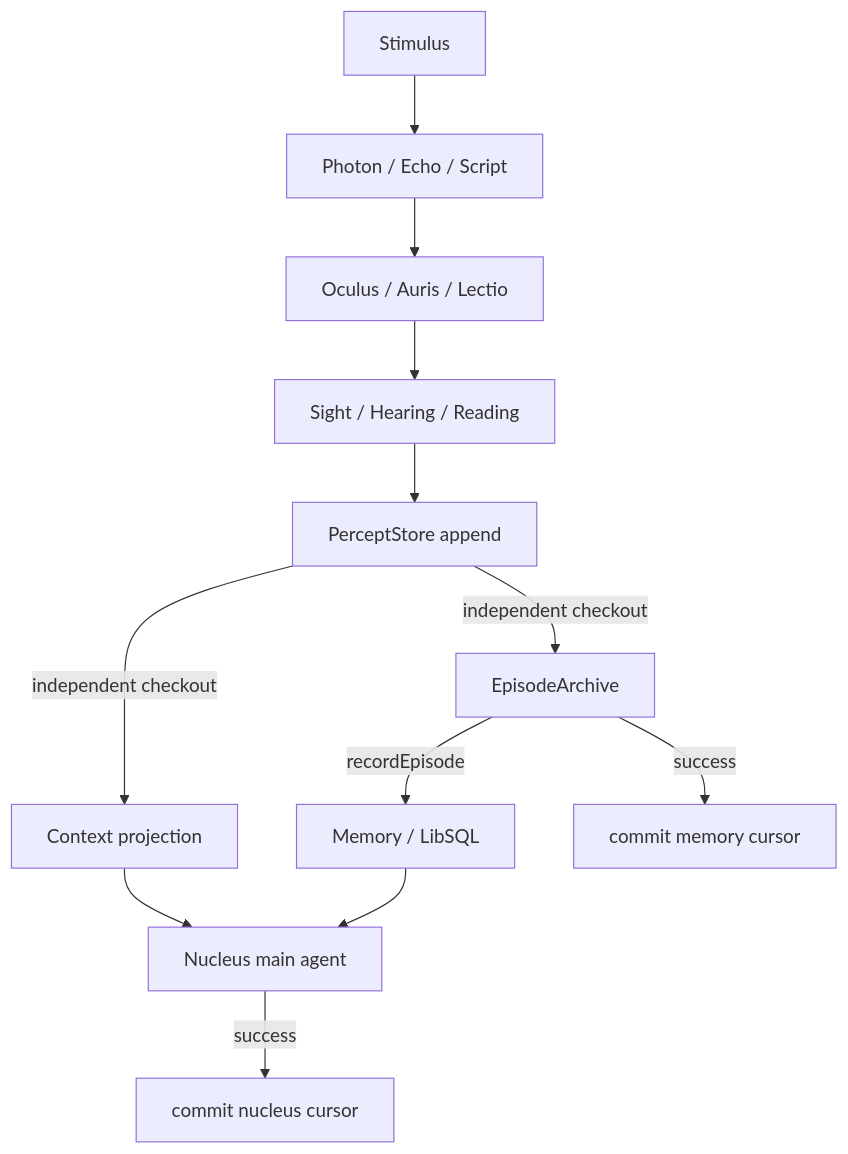
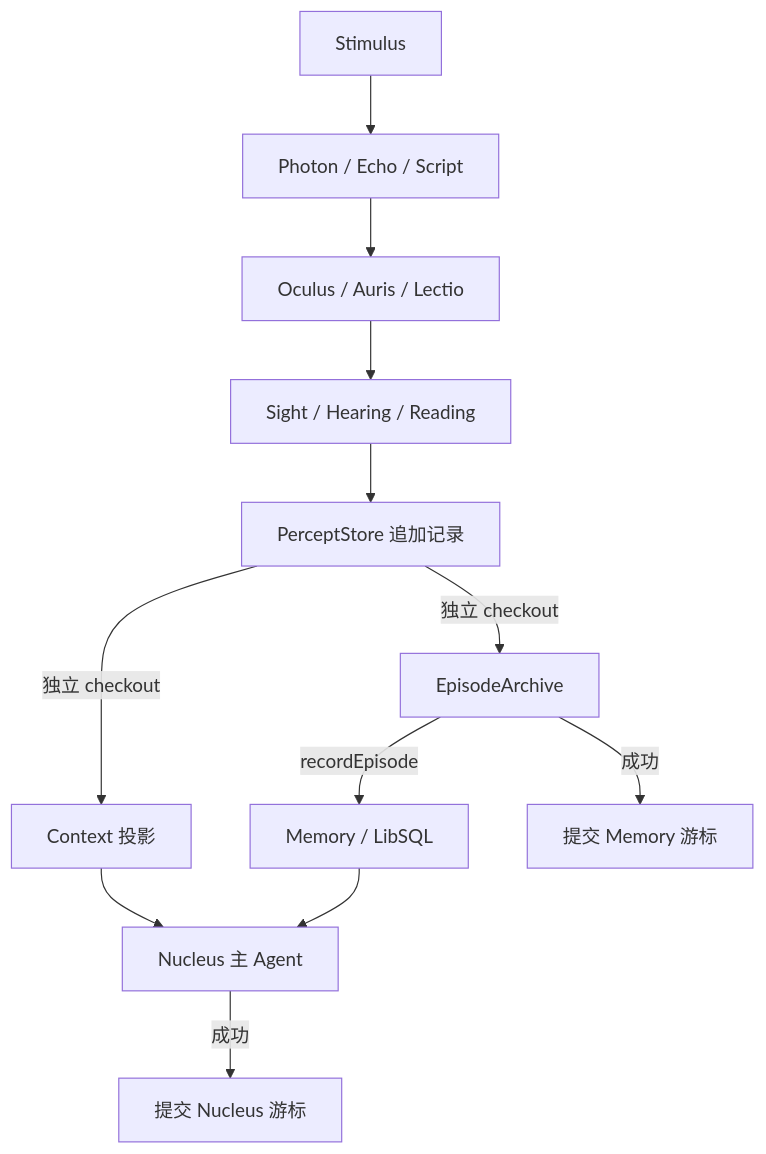
Before and after one commit to YanChenBai/ciel: the diagram in packages/core/README.md, drawn with Mermaid. The commit also changed other lines of this file and 129 other files, not shown here.

````diff
--- a/packages/core/README.md
+++ b/packages/core/README.md
@@ -49,16 +7,16 @@
 ```mermaid
 flowchart TD
   Stimulus --> Signals["Photon / Echo / Script"]
   Signals --> Sensus["Oculus / Auris / Lectio"]
   Sensus --> Percepts["Sight / Hearing / Reading"]
-  Percepts --> PerceptStore["PerceptStore append"]
+  Percepts --> Store["PerceptStore 追加记录"]
 
-  PerceptStore -->|"independent checkout"| Context["Context projection"]
-  Context --> Nucleus["Nucleus main agent"]
+  Store -->|"独立 checkout"| Context["Context 投影"]
+  Context --> Nucleus["Nucleus 主 Agent"]
   Memory --> Nucleus
-  Nucleus -->|"success"| NucleusCommit["commit nucleus cursor"]
+  Nucleus -->|"成功"| NucleusCommit["提交 Nucleus 游标"]
 
-  PerceptStore -->|"independent checkout"| Archive["EpisodeArchive"]
+  Store -->|"独立 checkout"| Archive["EpisodeArchive"]
   Archive -->|"recordEpisode"| Memory["Memory / LibSQL"]
-  Archive -->|"success"| MemoryCommit["commit memory cursor"]
+  Archive -->|"成功"| MemoryCommit["提交 Memory 游标"]
 ```
````
